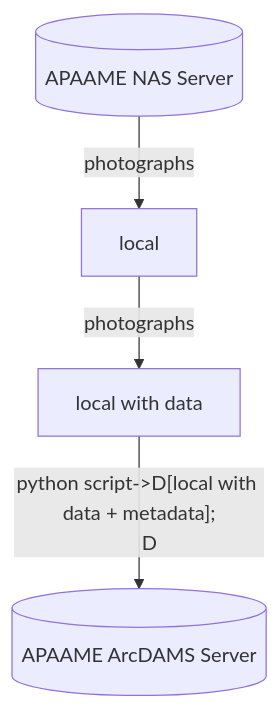
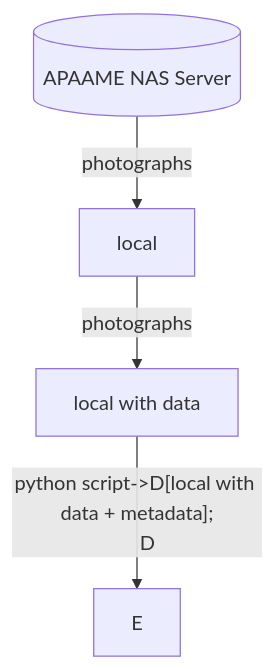
One commit to eamena-project/eamena-arches-dev changed the diagram in projects/apaame-photos/README.md. Above: the diagram before and after it, drawn with Mermaid.

Commit message:
mermaid diag

````diff
--- a/projects/apaame-photos/README.md
+++ b/projects/apaame-photos/README.md
@@ -2,7 +2,7 @@
 ```mermaid
 graph TD;
     A[(APAAME NAS Server)]--photographs-->B[local];
     B--photographs-->C[local with data];
     C--python script->D[local with data + metadata];
-    D-->E[(APAAME ArcDAMS Server)];
+    D-->E;
 ```
````
